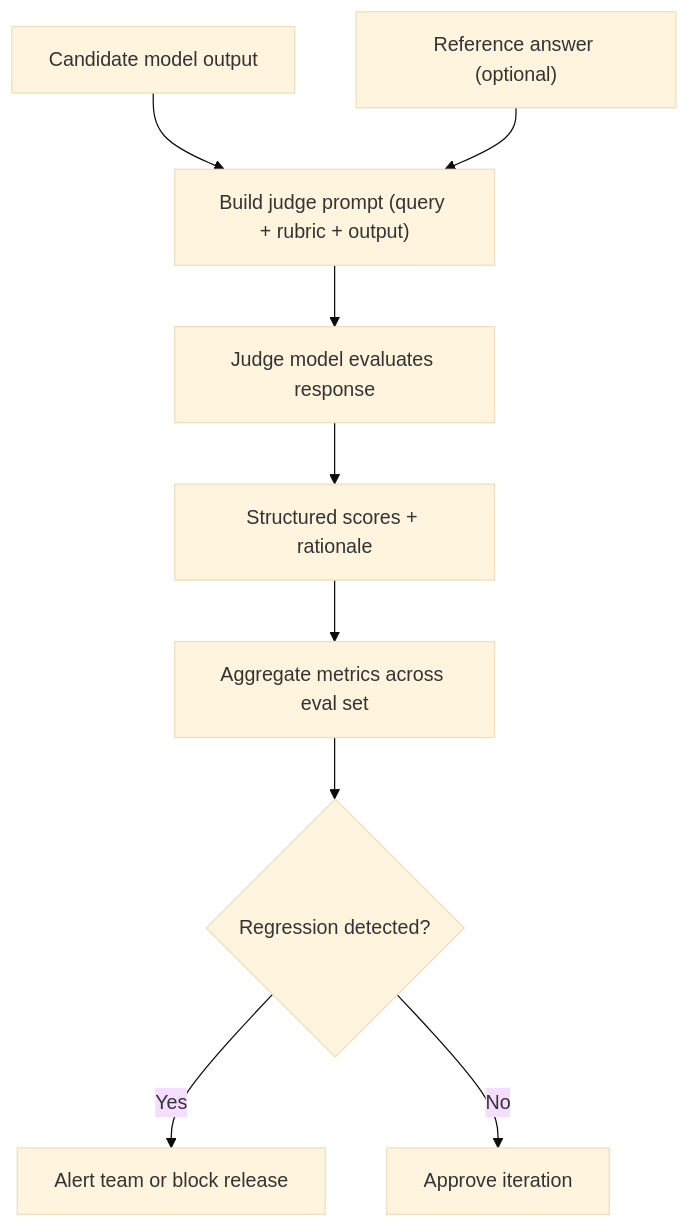
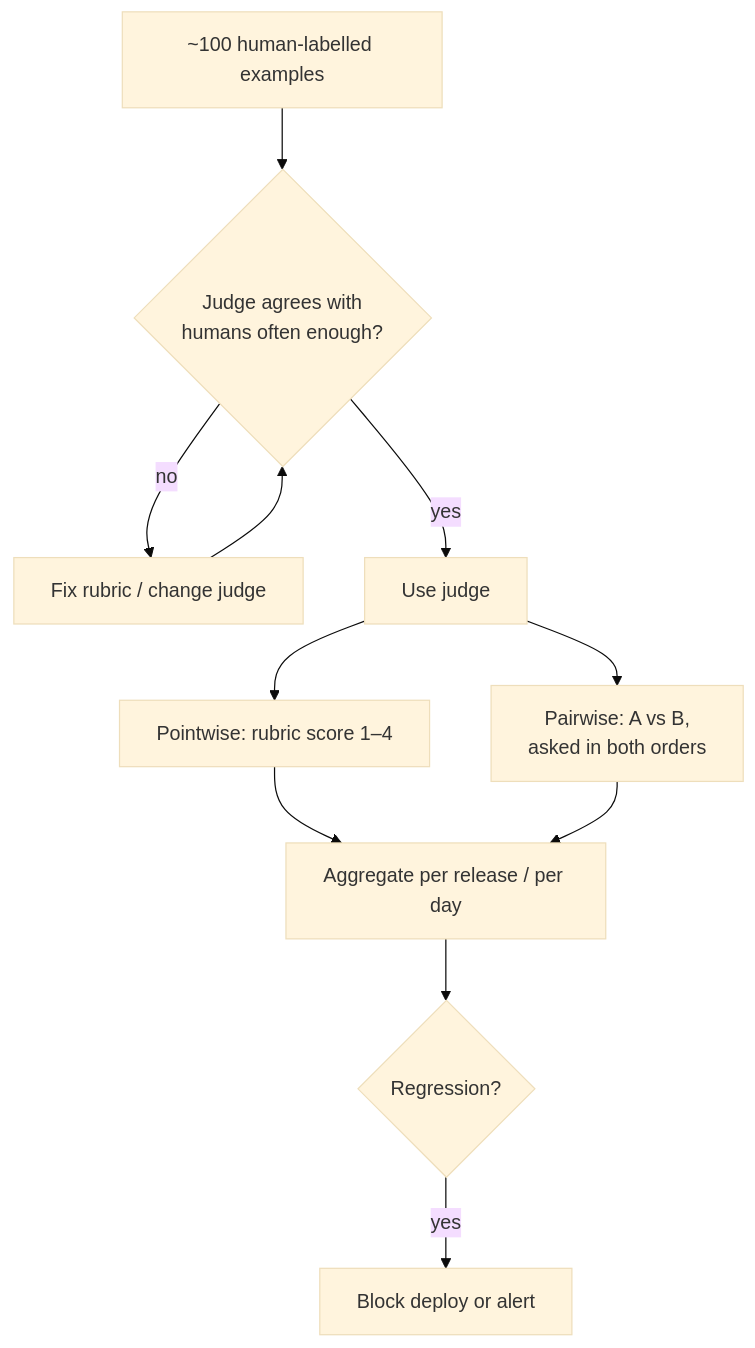
One commit to PrajwalAmte/AI-Engineering-Patterns changed the diagram in content/patterns/observability-and-evaluation/llm-as-judge.md. Above: the diagram before and after it, drawn with Mermaid (base theme). The commit also changed other lines of this file and 190 other files, not shown here.

````diff
--- a/content/patterns/observability-and-evaluation/llm-as-judge.md
+++ b/content/patterns/observability-and-evaluation/llm-as-judge.md
@@ -33,11 +33,12 @@
-```mermaid
+<pre class="mermaid">
 flowchart TD
-    A["Candidate model output"] --> B["Build judge prompt (query + rubric + output)"]
-    C["Reference answer (optional)"] --> B
-    B --> D["Judge model evaluates response"]
-    D --> E["Structured scores + rationale"]
-    E --> F["Aggregate metrics across eval set"]
-    F --> G{"Regression detected?"}
-    G -->|"Yes"| H["Alert team or block release"]
-    G -->|"No"| I["Approve iteration"]
-```
+    H["~100 human-labelled examples"] --> C{"Judge agrees with<br/>humans often enough?"}
+    C -->|"no"| RB["Fix rubric / change judge"]
+    RB --> C
+    C -->|"yes"| U["Use judge"]
+    U --> S["Pointwise: rubric score 1–4"]
+    U --> P["Pairwise: A vs B,<br/>asked in both orders"]
+    S & P --> A["Aggregate per release / per day"]
+    A --> G{"Regression?"}
+    G -->|"yes"| B["Block deploy or alert"]
+</pre>
````
